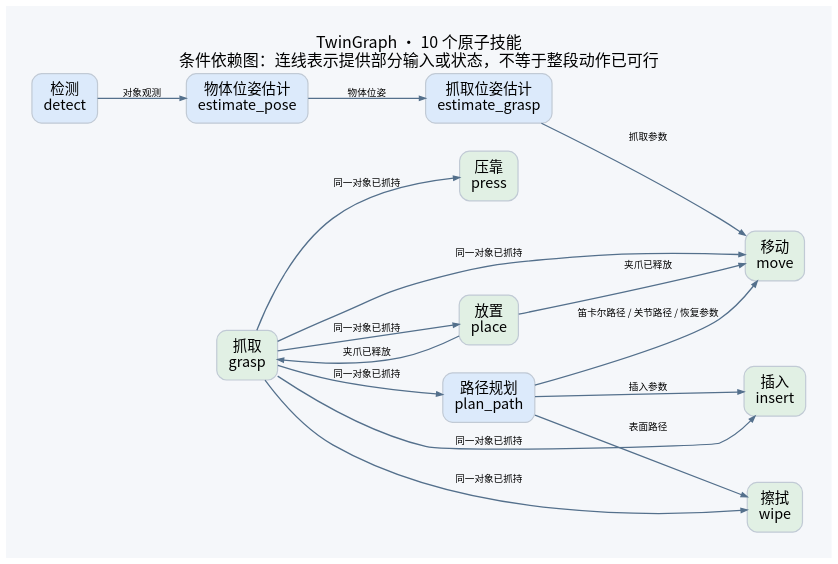
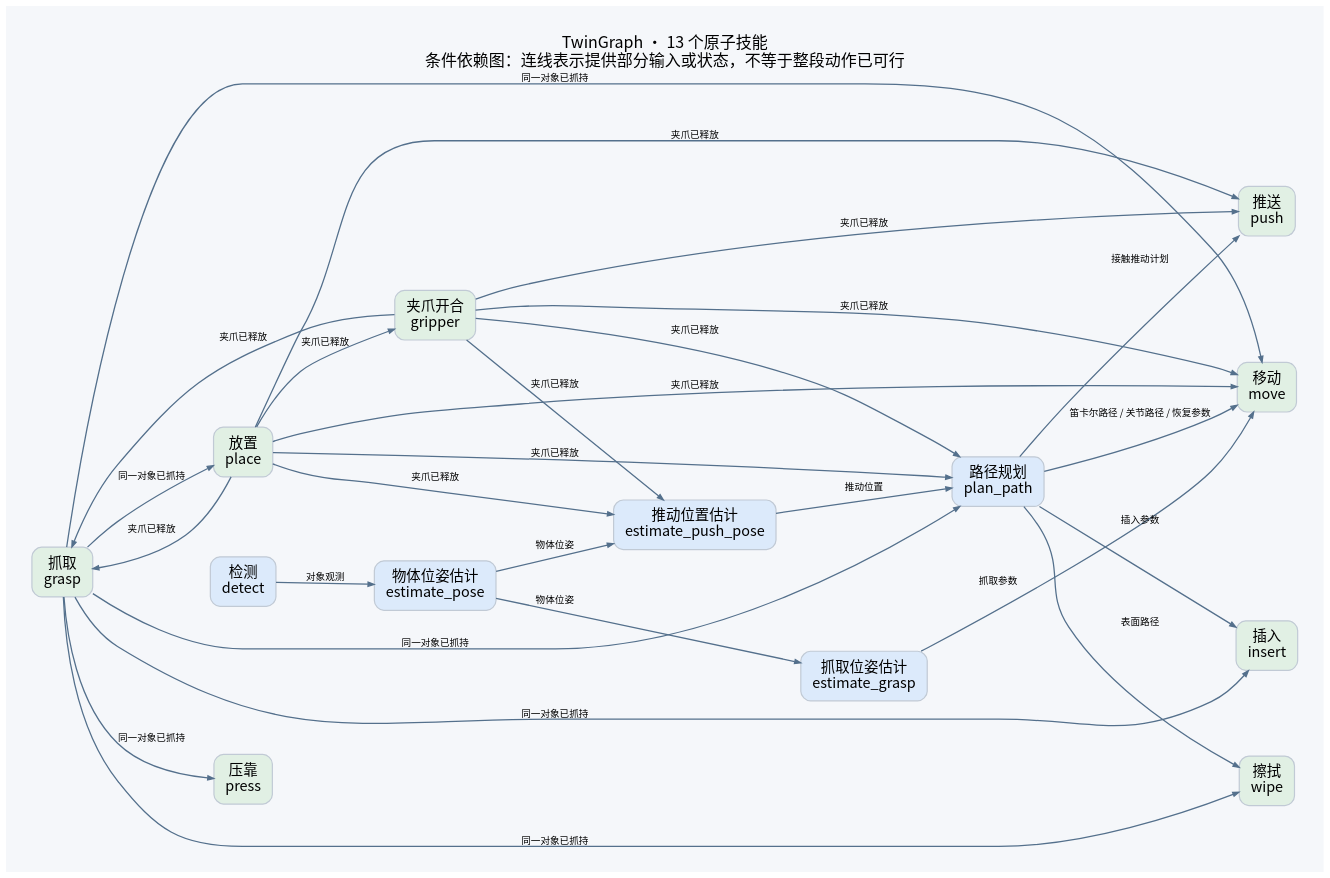
The diagram in docs/skill-graph/skill_graph.dot (Mayyoungyoung/twingraph), drawn with Graphviz before and after one commit. The commit also changed 146 other files, not shown here.

```diff
--- a/docs/skill-graph/skill_graph.dot
+++ b/docs/skill-graph/skill_graph.dot
@@ -1,40 +1,57 @@
 digraph skills {
-graph [rankdir=LR, bgcolor="#f5f7fa", pad="0.45", nodesep="0.48", ranksep="0.85", fontname="Noto Sans CJK SC", fontsize=20, labelloc=t, label="TwinGraph · 10 个原子技能
-条件依赖图：连线表示提供部分输入或状态，不等于整段动作已可行"];
+graph [rankdir=LR, bgcolor="#f5f7fa", pad="0.45", nodesep="0.48", ranksep="0.85", fontname="Noto Sans CJK SC", fontsize=20, labelloc=t, label="TwinGraph · 13 个原子技能\n条件依赖图：连线表示提供部分输入或状态，不等于整段动作已可行"];
 node [shape=box, style="rounded,filled", color="#c1cad5", penwidth=1.5, fontname="Noto Sans CJK SC", fontsize=18, margin="0.20,0.15"];
 edge [fontname="Noto Sans CJK SC", fontsize=12, penwidth=1.6, arrowsize=.75, color="#54708c"];
 detect [label="检测
 detect", fillcolor="#dceafb"];
 estimate_pose [label="物体位姿估计
 estimate_pose", fillcolor="#dceafb"];
 estimate_grasp [label="抓取位姿估计
 estimate_grasp", fillcolor="#dceafb"];
 plan_path [label="路径规划
 plan_path", fillcolor="#dceafb"];
 move [label="移动
 move", fillcolor="#e1f0e4"];
 grasp [label="抓取
 grasp", fillcolor="#e1f0e4"];
 place [label="放置
 place", fillcolor="#e1f0e4"];
 insert [label="插入
 insert", fillcolor="#e1f0e4"];
+estimate_push_pose [label="推动位置估计
+estimate_push_pose", fillcolor="#dceafb"];
+gripper [label="夹爪开合
+gripper", fillcolor="#e1f0e4"];
+push [label="推送
+push", fillcolor="#e1f0e4"];
 press [label="压靠
 press", fillcolor="#e1f0e4"];
 wipe [label="擦拭
 wipe", fillcolor="#e1f0e4"];
 detect -> estimate_pose [label="对象观测"];
 estimate_pose -> estimate_grasp [label="物体位姿"];
+estimate_pose -> estimate_push_pose [label="物体位姿"];
 estimate_grasp -> move [label="抓取参数"];
 plan_path -> move [label="笛卡尔路径 / 关节路径 / 恢复参数"];
 place -> move [label="夹爪已释放"];
 place -> grasp [label="夹爪已释放"];
+place -> estimate_push_pose [label="夹爪已释放"];
+place -> plan_path [label="夹爪已释放"];
+place -> gripper [label="夹爪已释放"];
+place -> push [label="夹爪已释放"];
+gripper -> move [label="夹爪已释放"];
+gripper -> grasp [label="夹爪已释放"];
+gripper -> estimate_push_pose [label="夹爪已释放"];
+gripper -> plan_path [label="夹爪已释放"];
+gripper -> push [label="夹爪已释放"];
 grasp -> place [label="同一对象已抓持"];
 grasp -> move [label="同一对象已抓持"];
 grasp -> plan_path [label="同一对象已抓持"];
 grasp -> wipe [label="同一对象已抓持"];
 grasp -> insert [label="同一对象已抓持"];
 grasp -> press [label="同一对象已抓持"];
 plan_path -> insert [label="插入参数"];
 plan_path -> wipe [label="表面路径"];
+estimate_push_pose -> plan_path [label="推动位置"];
+plan_path -> push [label="接触推动计划"];
 }
```
